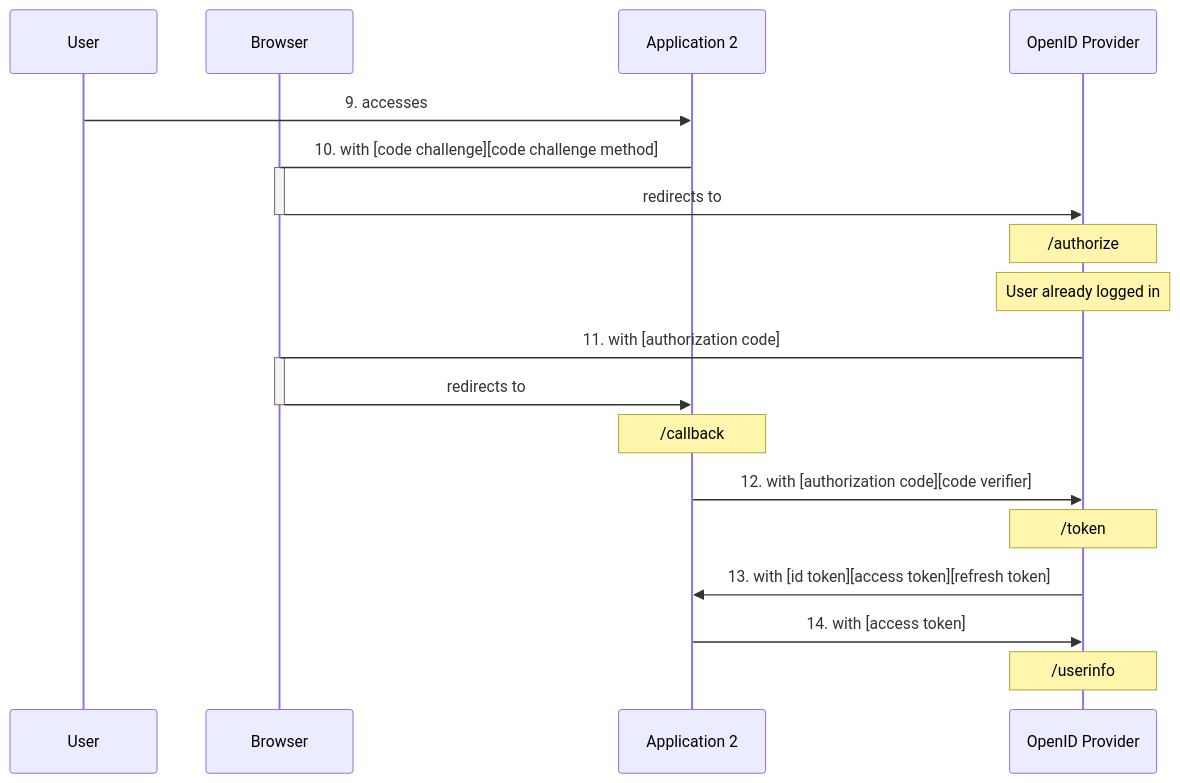
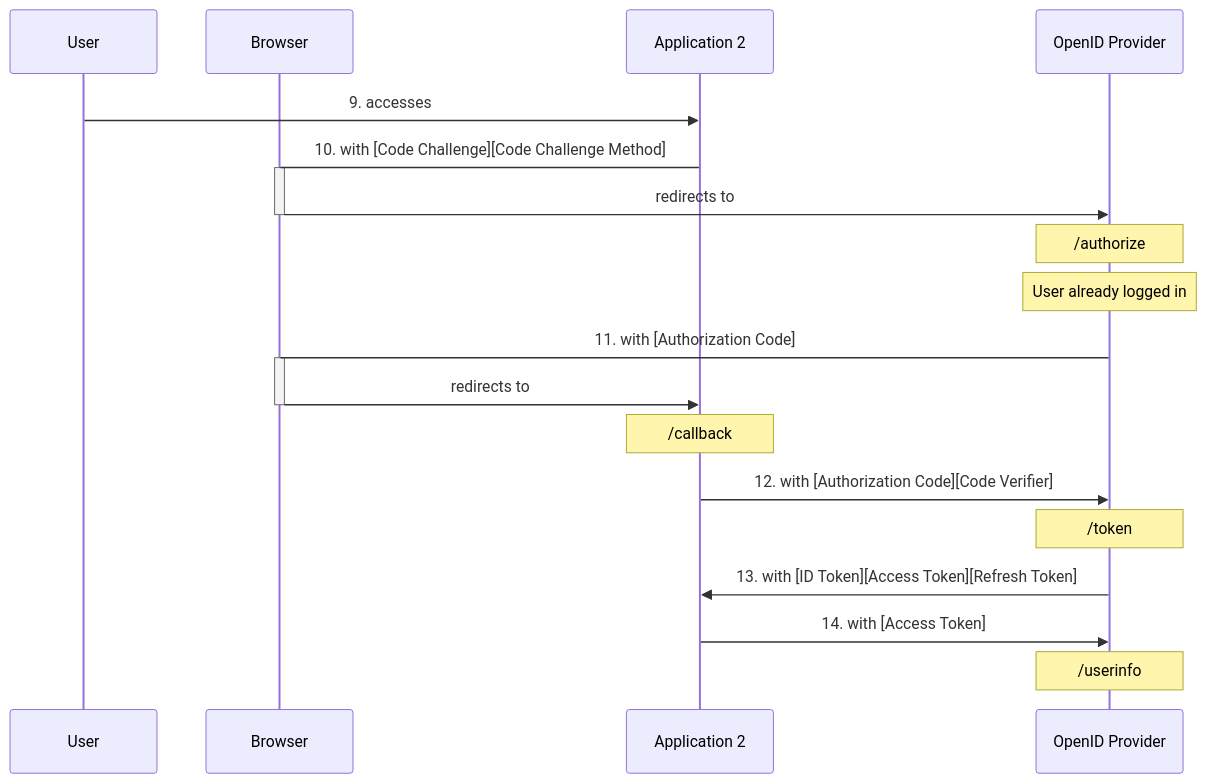
One commit to Octobug/blog changed the second of 3 diagrams in posts/sso-auth/README.md. Above: the diagram before and after it, drawn with Mermaid. The commit also changed other lines of this file, not shown here.

````diff
--- a/posts/sso-auth/README.md
+++ b/posts/sso-auth/README.md
@@ -91,30 +91,30 @@
 ```mermaid
 sequenceDiagram
   participant User
   participant Browser
   participant Application 2
   participant OpenID Provider
 
   User->>Application 2: 9. accesses
 
-  Application 2->Browser: 10. with [code challenge][code challenge method]
+  Application 2->Browser: 10. with [Code Challenge][Code Challenge Method]
   Activate Browser
   Browser->>OpenID Provider: redirects to
   Deactivate Browser
   Note over OpenID Provider: /authorize
   Note over OpenID Provider: User already logged in
 
-  OpenID Provider->Browser: 11. with [authorization code]
+  OpenID Provider->Browser: 11. with [Authorization Code]
   Activate Browser
   Browser->>Application 2: redirects to
   Deactivate Browser
   Note over Application 2: /callback
 
-  Application 2->>OpenID Provider: 12. with [authorization code][code verifier]
+  Application 2->>OpenID Provider: 12. with [Authorization Code][Code Verifier]
   Note over OpenID Provider: /token
 
-  OpenID Provider->>Application 2: 13. with [id token][access token][refresh token]
+  OpenID Provider->>Application 2: 13. with [ID Token][Access Token][Refresh Token]
 
-  Application 2->>OpenID Provider: 14. with [access token]
+  Application 2->>OpenID Provider: 14. with [Access Token]
   Note over OpenID Provider: /userinfo
 ```
````
